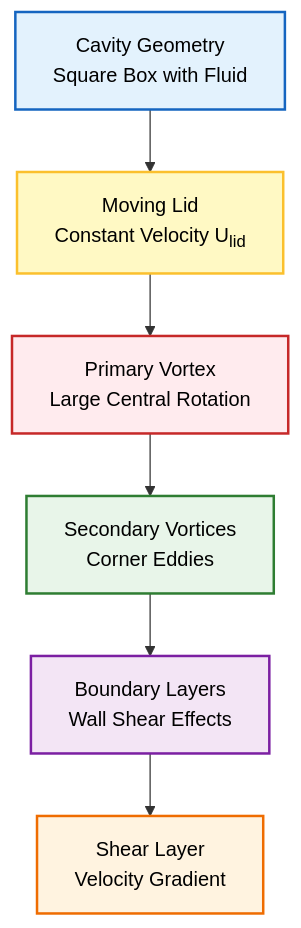
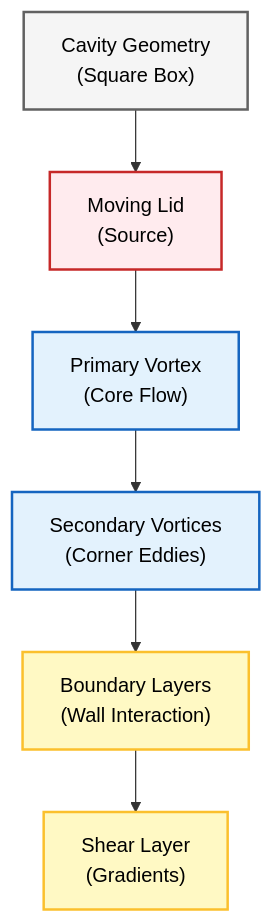
Before and after one commit to wramet/build-my-cfd: the first of 3 diagrams in MODULE_01_CFD_FUNDAMENTALS/CONTENT/04_FIRST_SIMULATION/03_The_Lid-Driven_Cavity_Problem.md, drawn with Mermaid. The commit also changed other lines of this file and 313 other files, not shown here.

Commit message:
Revise all diagram

````diff
--- a/MODULE_01_CFD_FUNDAMENTALS/CONTENT/04_FIRST_SIMULATION/03_The_Lid-Driven_Cavity_Problem.md
+++ b/MODULE_01_CFD_FUNDAMENTALS/CONTENT/04_FIRST_SIMULATION/03_The_Lid-Driven_Cavity_Problem.md
@@ -12,15 +12,13 @@
 ```mermaid
 flowchart TD
-    A["Cavity Geometry<br/>Square Box with Fluid"] --> B["Moving Lid<br/>Constant Velocity U<sub>lid</sub>"]
-    B --> C["Primary Vortex<br/>Large Central Rotation"]
-    C --> D["Secondary Vortices<br/>Corner Eddies"]
-    D --> E["Boundary Layers<br/>Wall Shear Effects"]
-    E --> F["Shear Layer<br/>Velocity Gradient"]
+    A["Cavity Geometry<br/>(Square Box)"]:::context --> B["Moving Lid<br/>(Source)"]:::volatile
+    B --> C["Primary Vortex<br/>(Core Flow)"]:::implicit
+    C --> D["Secondary Vortices<br/>(Corner Eddies)"]:::implicit
+    D --> E["Boundary Layers<br/>(Wall Interaction)"]:::explicit
+    E --> F["Shear Layer<br/>(Gradients)"]:::explicit
 
-    style A fill:#e3f2fd,stroke:#1565c0,stroke-width:2px,color:#000
-    style B fill:#fff9c4,stroke:#fbc02d,stroke-width:2px,color:#000
-    style C fill:#ffebee,stroke:#c62828,stroke-width:2px,color:#000
-    style D fill:#e8f5e9,stroke:#2e7d32,stroke-width:2px,color:#000
-    style E fill:#f3e5f5,stroke:#7b1fa2,stroke-width:2px,color:#000
-    style F fill:#fff3e0,stroke:#ef6c00,stroke-width:2px,color:#000
+    classDef context fill:#f5f5f5,stroke:#616161,stroke-width:2px,color:#000;
+    classDef implicit fill:#e3f2fd,stroke:#1565c0,stroke-width:2px,color:#000;
+    classDef explicit fill:#fff9c4,stroke:#fbc02d,stroke-width:2px,color:#000;
+    classDef volatile fill:#ffebee,stroke:#c62828,stroke-width:2px,color:#000;
 ```
````
